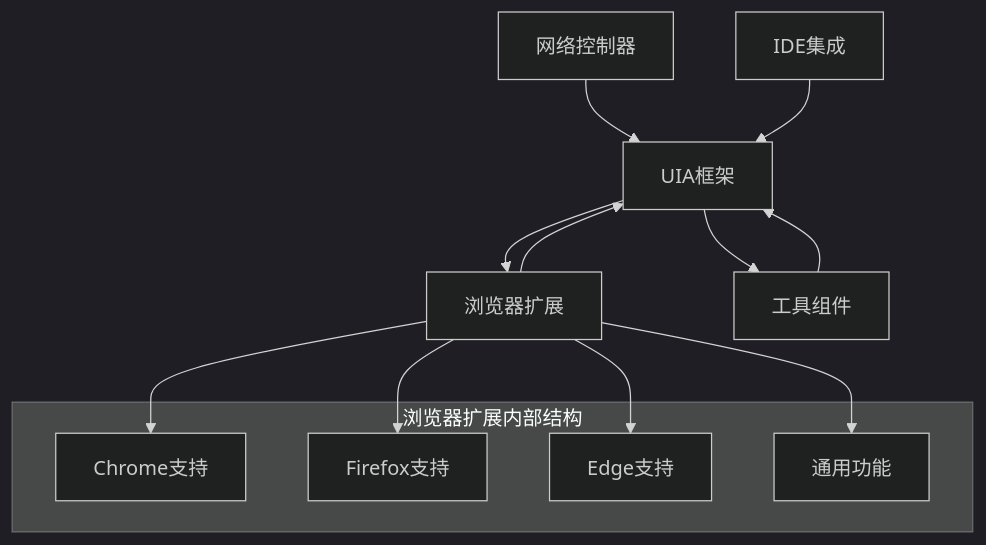
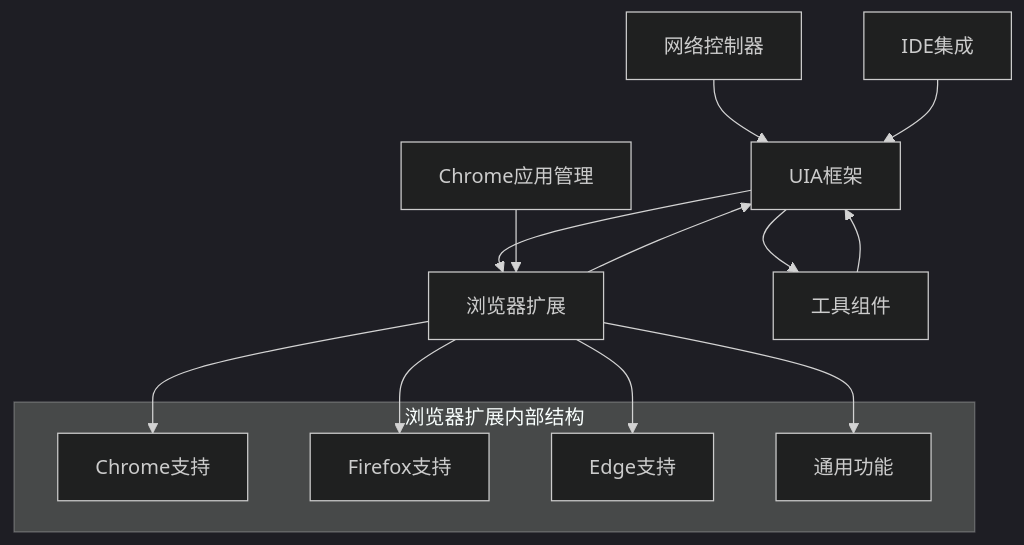
One commit to wangys-123doit/hotkey changed diagram 15 of 15 in .qoder/repowiki/zh/content/核心功能/UI自动化框架.md. Above: the diagram before and after it, drawn with Mermaid (dark theme). The commit also changed other lines of this file and 14 other files, not shown here.

````diff
--- a/.qoder/repowiki/zh/content/核心功能/UI自动化框架.md
+++ b/.qoder/repowiki/zh/content/核心功能/UI自动化框架.md
@@ -476,19 +565,20 @@
 ```mermaid
 graph TD
 UIA_Framework[UIA框架] --> Browser_Extension[浏览器扩展]
 UIA_Framework --> Utils[工具组件]
 Browser_Extension --> UIA_Framework
 Utils --> UIA_Framework
 NetworkCtrl[网络控制器] --> UIA_Framework
 IDE_Integration[IDE集成] --> UIA_Framework
+ChromeMgr[Chrome应用管理] --> Browser_Extension
 subgraph "浏览器扩展内部结构"
 Chrome[Chrome支持]
 Firefox[Firefox支持]
 Edge[Edge支持]
 Common[通用功能]
 end
 Browser_Extension --> Chrome
 Browser_Extension --> Firefox
 Browser_Extension --> Edge
 Browser_Extension --> Common
 ```
````
